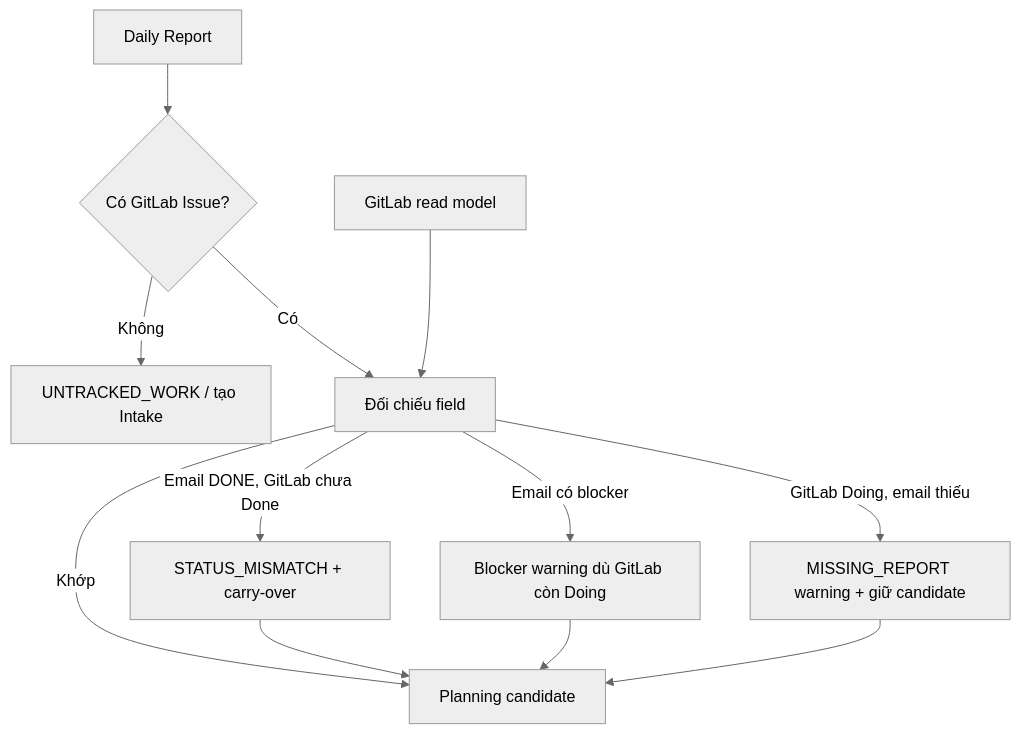
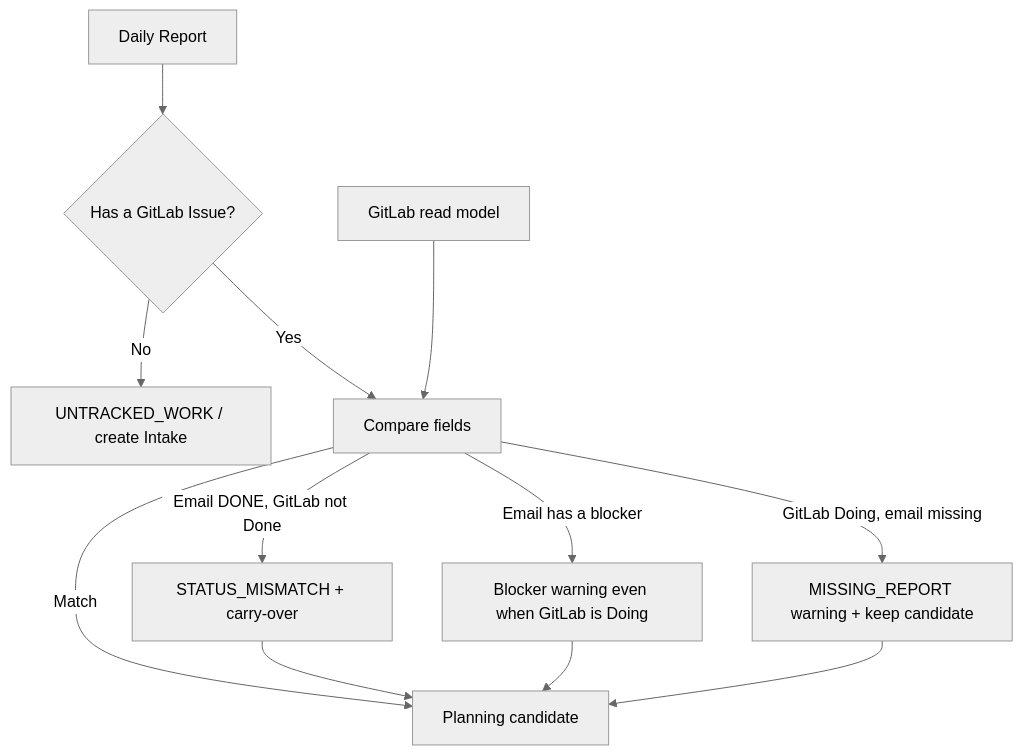
Before and after one commit to ZiniSoft/intake: the sixth of 11 diagrams in docs/stable/flows.md, drawn with Mermaid (neutral theme). The commit also changed other lines of this file and 70 other files, not shown here.

````diff
--- a/docs/stable/flows.md
+++ b/docs/stable/flows.md
@@ -139,14 +139,14 @@
 ```mermaid
 flowchart TD
-    E[Daily Report] --> C{Có GitLab Issue?}
-    C -->|Không| U[UNTRACKED_WORK / tạo Intake]
-    C -->|Có| X[Đối chiếu field]
+    E[Daily Report] --> C{Has a GitLab Issue?}
+    C -->|No| U[UNTRACKED_WORK / create Intake]
+    C -->|Yes| X[Compare fields]
     G[GitLab read model] --> X
-    X -->|Khớp| P[Planning candidate]
-    X -->|Email DONE, GitLab chưa Done| M[STATUS_MISMATCH + carry-over]
-    X -->|Email có blocker| B[Blocker warning dù GitLab còn Doing]
-    X -->|GitLab Doing, email thiếu| R[MISSING_REPORT warning + giữ candidate]
+    X -->|Match| P[Planning candidate]
+    X -->|Email DONE, GitLab not Done| M[STATUS_MISMATCH + carry-over]
+    X -->|Email has a blocker| B[Blocker warning even when GitLab is Doing]
+    X -->|GitLab Doing, email missing| R[MISSING_REPORT warning + keep candidate]
     M --> P
     B --> P
     R --> P
 ```
````
